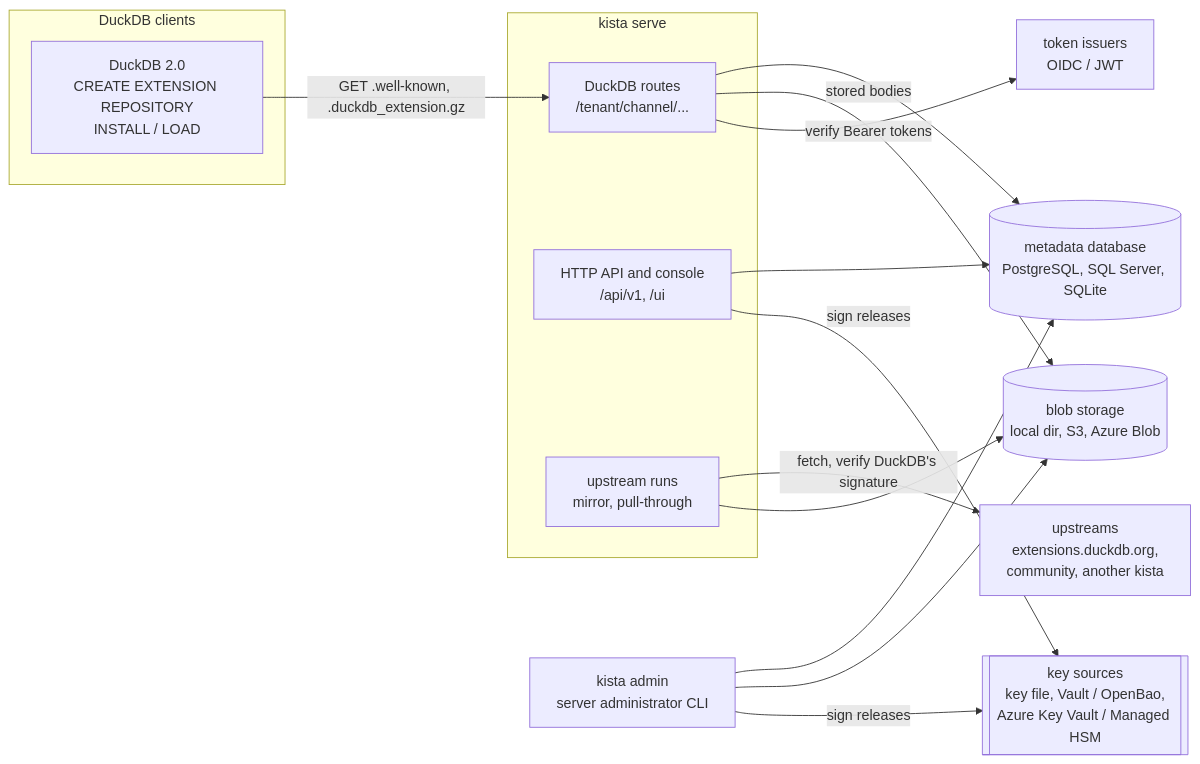
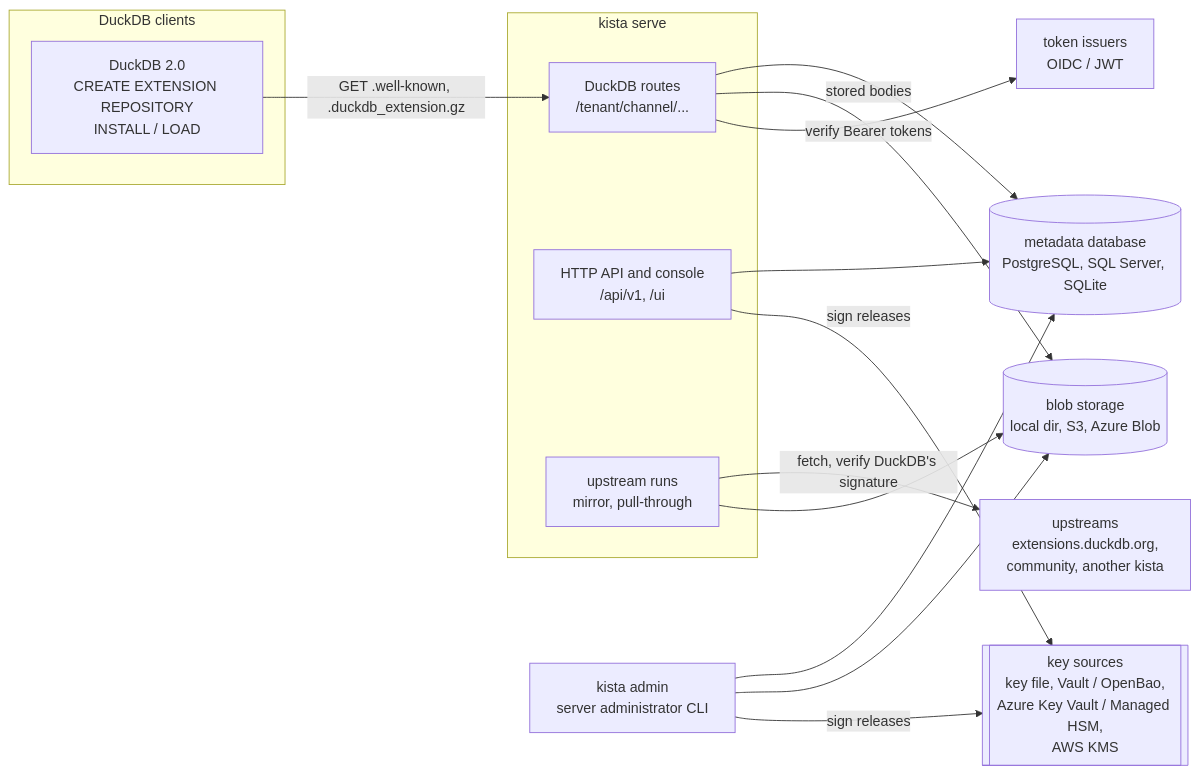
The diagram in website/docs/index.md (hugr-lab/duckdb-extension-repository), drawn with Mermaid before and after one commit. The commit also changed 36 other files, not shown here.

````diff
--- a/website/docs/index.md
+++ b/website/docs/index.md
@@ -43,29 +43,29 @@
 ```mermaid
 flowchart LR
   subgraph clients[DuckDB clients]
     duck[DuckDB 2.0<br/>CREATE EXTENSION REPOSITORY<br/>INSTALL / LOAD]
   end
   subgraph kista[kista serve]
     serve[DuckDB routes<br/>/tenant/channel/...]
     api[HTTP API and console<br/>/api/v1, /ui]
     runs[upstream runs<br/>mirror, pull-through]
   end
   admin[kista admin<br/>server administrator CLI]
   db[(metadata database<br/>PostgreSQL, SQL Server, SQLite)]
   blob[(blob storage<br/>local dir, S3, Azure Blob)]
-  keys[[key sources<br/>key file, Vault / OpenBao,<br/>Azure Key Vault / Managed HSM]]
+  keys[[key sources<br/>key file, Vault / OpenBao,<br/>Azure Key Vault / Managed HSM,<br/>AWS KMS]]
   up[upstreams<br/>extensions.duckdb.org,<br/>community, another kista]
   idp[token issuers<br/>OIDC / JWT]
 
   duck -- "GET .well-known, .duckdb_extension.gz" --> serve
   serve --> db
   serve -- "stored bodies" --> blob
   api --> db
   admin --> db
   admin --> blob
   runs -- "fetch, verify DuckDB's signature" --> up
   runs --> blob
   api -- "sign releases" --> keys
   admin -- "sign releases" --> keys
   serve -- "verify Bearer tokens" --> idp
 ```
````
